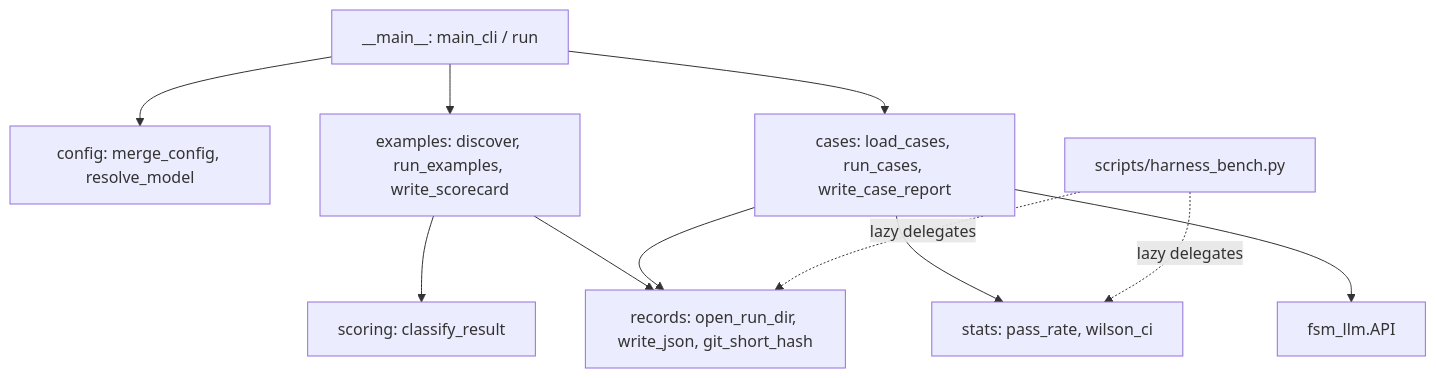
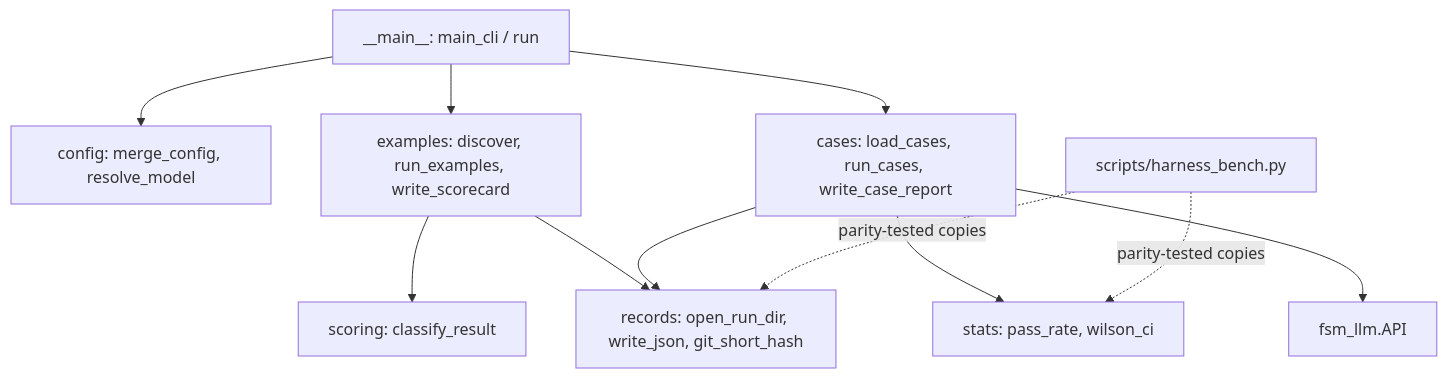
The diagram in src/fsm_llm/eval/CLAUDE.md (NikolasMarkou/fsm_llm), drawn with Mermaid before and after one commit. The commit also changed other lines of this file and 7 other files, not shown here.

First line of the commit message:
[plan-2026-09-29-581c2634/iter-1/step-2.1] revert(scripts): keep harness_bench offline and stdlib-only

````diff
--- a/src/fsm_llm/eval/CLAUDE.md
+++ b/src/fsm_llm/eval/CLAUDE.md
@@ -12,13 +12,13 @@
 ```mermaid
 flowchart TD
     cli[__main__: main_cli / run] --> cfg[config: merge_config, resolve_model]
     cli --> ex[examples: discover, run_examples, write_scorecard]
     cli --> cs[cases: load_cases, run_cases, write_case_report]
     ex --> sc[scoring: classify_result]
     ex --> rec[records: open_run_dir, write_json, git_short_hash]
     cs --> rec
     cs --> st[stats: pass_rate, wilson_ci]
     cs --> api[fsm_llm.API]
-    hb[scripts/harness_bench.py] -. lazy delegates .-> st
-    hb -. lazy delegates .-> rec
+    hb[scripts/harness_bench.py] -. parity-tested copies .-> st
+    hb -. parity-tested copies .-> rec
 ```
````
